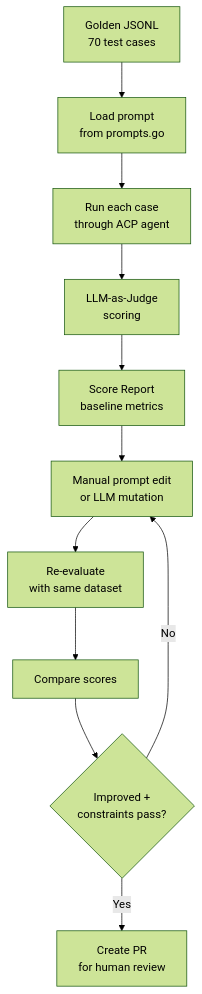
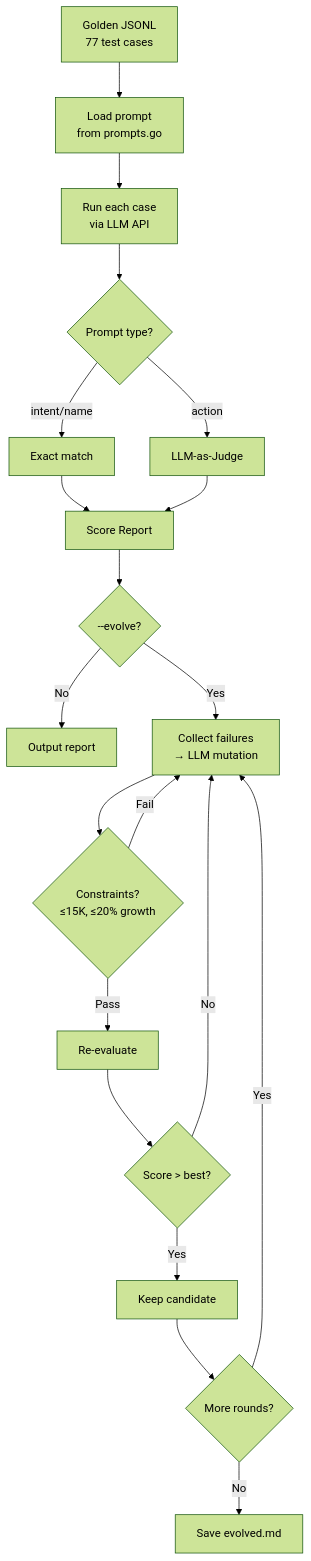
Before and after one commit to ringclaw/ringclaw: the fourth of 4 diagrams in docs/architecture/prompt-evolution.md, drawn with Mermaid (forest theme). The commit also changed other lines of this file and 1 other file, not shown here.

First line of the commit message:
docs: update prompt-evolution to match implementation

````diff
--- a/docs/architecture/prompt-evolution.md
+++ b/docs/architecture/prompt-evolution.md
@@ -230,13 +230,22 @@
 ```mermaid
 flowchart TD
-    G[Golden JSONL\n70 test cases] --> L[Load prompt\nfrom prompts.go]
-    L --> R[Run each case\nthrough ACP agent]
-    R --> J[LLM-as-Judge\nscoring]
-    J --> Rep[Score Report\nbaseline metrics]
-    Rep --> Edit[Manual prompt edit\nor LLM mutation]
-    Edit --> R2[Re-evaluate\nwith same dataset]
-    R2 --> J2[Compare scores]
-    J2 --> D{Improved +\nconstraints pass?}
-    D -->|Yes| PR[Create PR\nfor human review]
-    D -->|No| Edit
+    G[Golden JSONL\n77 test cases] --> L[Load prompt\nfrom prompts.go]
+    L --> R[Run each case\nvia LLM API]
+    R --> J{Prompt type?}
+    J -->|intent/name| X[Exact match]
+    J -->|action| Y[LLM-as-Judge]
+    X --> Rep[Score Report]
+    Y --> Rep
+    Rep --> Ev{--evolve?}
+    Ev -->|No| Done[Output report]
+    Ev -->|Yes| M[Collect failures\n→ LLM mutation]
+    M --> Gate{Constraints?\n≤15K, ≤20% growth}
+    Gate -->|Fail| M
+    Gate -->|Pass| R2[Re-evaluate]
+    R2 --> Cmp{Score > best?}
+    Cmp -->|Yes| Keep[Keep candidate]
+    Cmp -->|No| M
+    Keep --> More{More rounds?}
+    More -->|Yes| M
+    More -->|No| Save[Save evolved.md]
 ```
````
